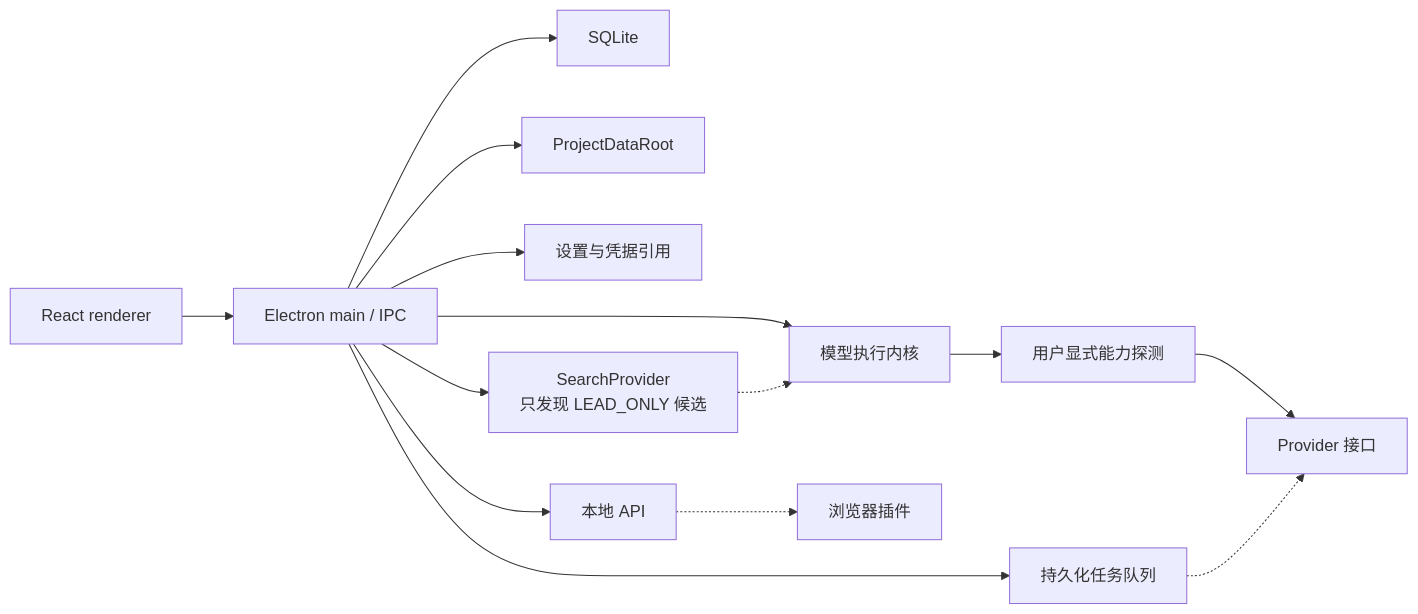
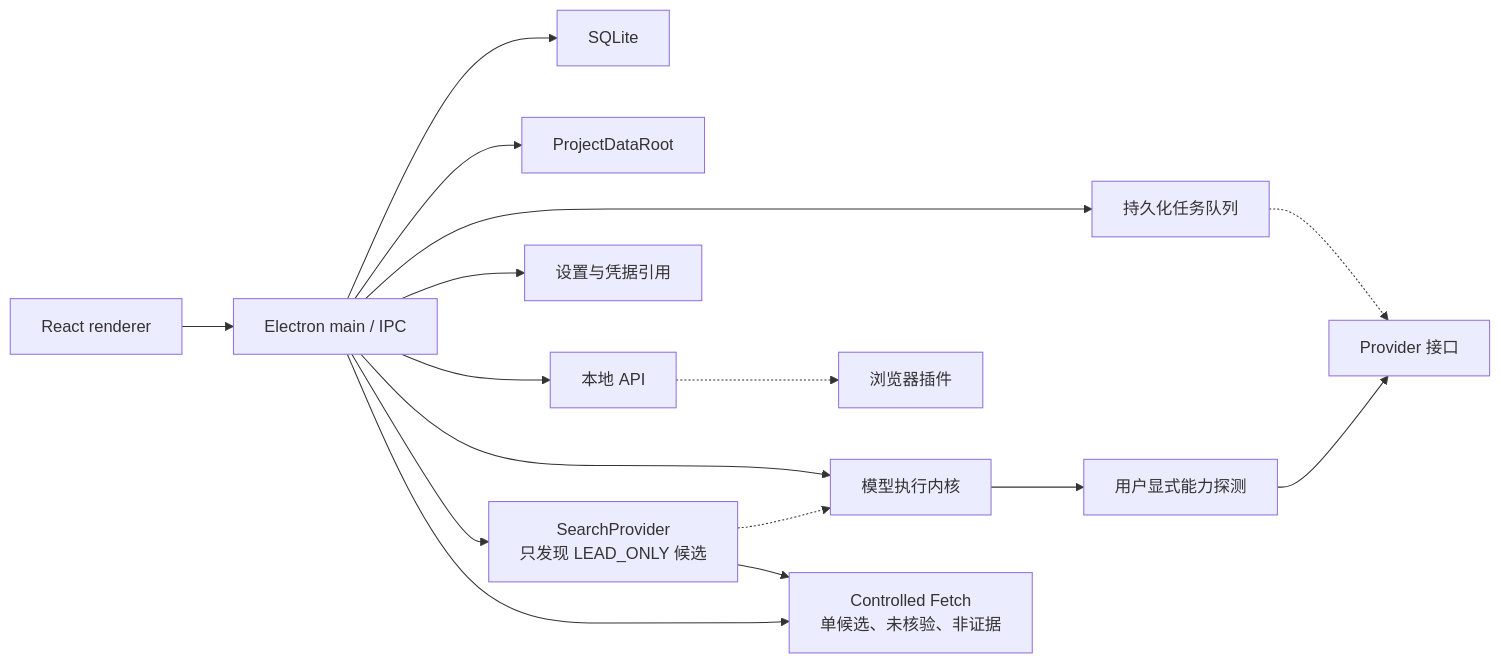
One commit to KAtOReNA7/Rednote-Automated-Operation-Tool changed the second of 2 diagrams in README.md. Above: the diagram before and after it, drawn with Mermaid. The commit also changed other lines of this file and 69 other files, not shown here.

Commit message:
feat(fetch): add controlled public page extraction

````diff
--- a/README.md
+++ b/README.md
@@ -142,16 +136,18 @@
 ```mermaid
 flowchart LR
     UI["React renderer"] --> MAIN["Electron main / IPC"]
     MAIN --> DB["SQLite"]
     MAIN --> FS["ProjectDataRoot"]
     MAIN --> QUEUE["持久化任务队列"]
     MAIN --> SETTINGS["设置与凭据引用"]
     MAIN --> API["本地 API"]
     MAIN --> MODEL["模型执行内核"]
     MAIN --> SEARCH["SearchProvider<br/>只发现 LEAD_ONLY 候选"]
+    MAIN --> FETCH["Controlled Fetch<br/>单候选、未核验、非证据"]
     MODEL --> PROBE["用户显式能力探测"]
     PROBE --> PROVIDERS["Provider 接口"]
     API -.-> CLIPPER["浏览器插件"]
     QUEUE -.-> PROVIDERS
     SEARCH -.-> MODEL
+    SEARCH --> FETCH
 ```
````
